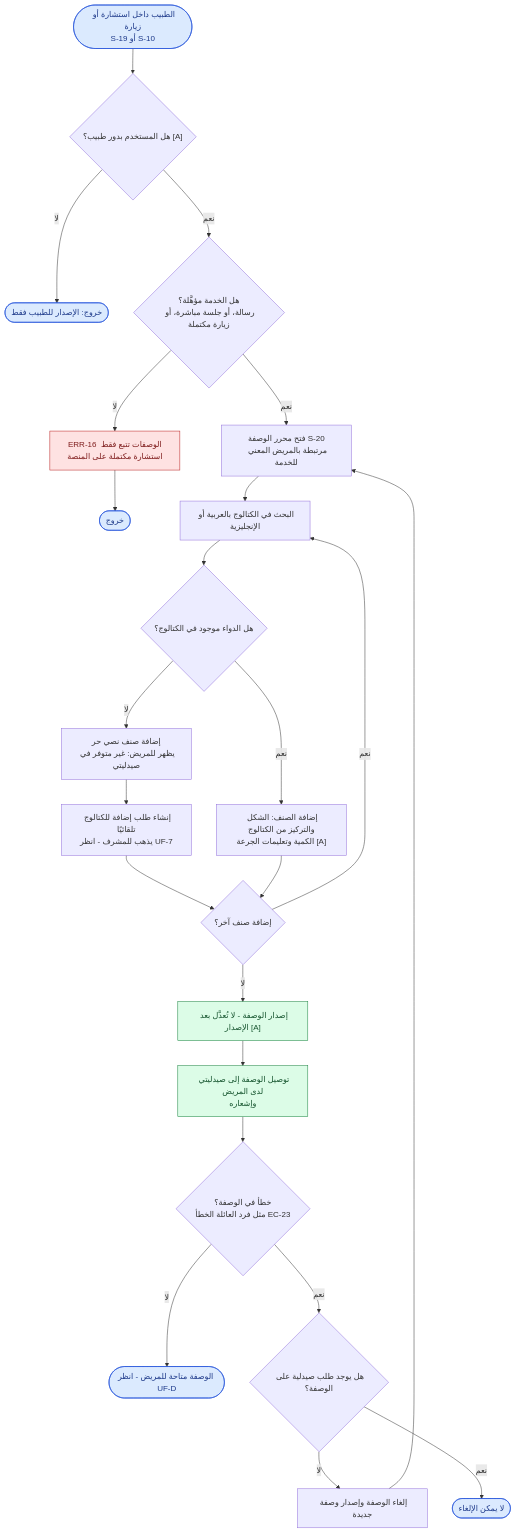
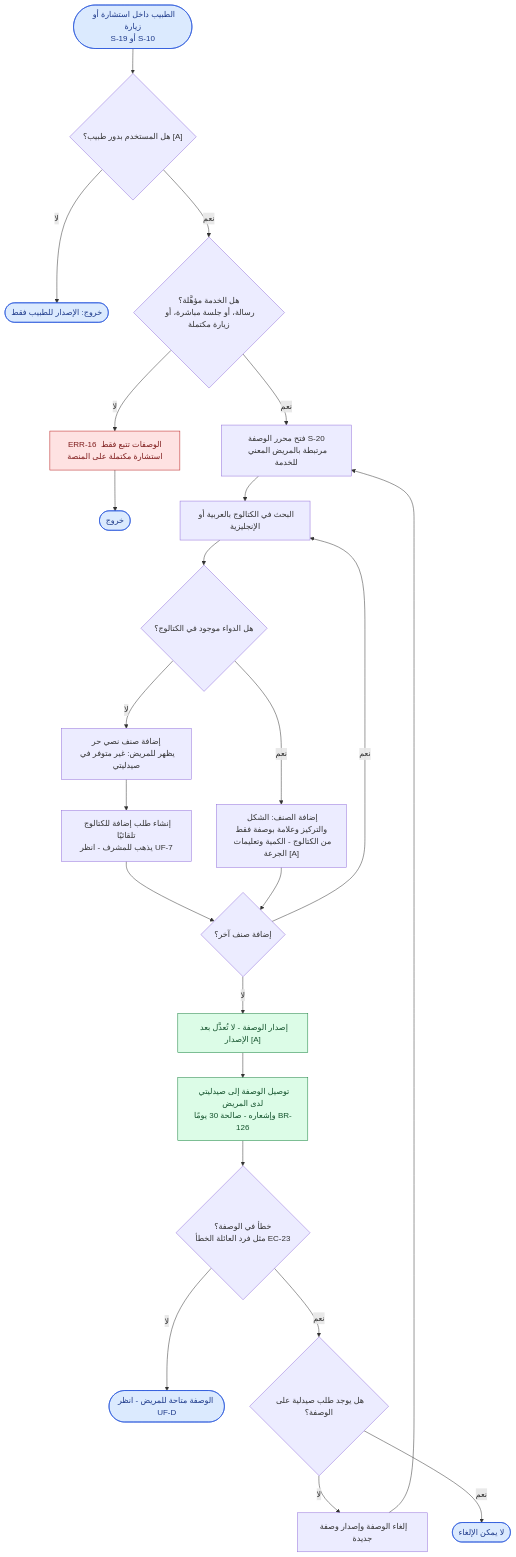
The seventh of 12 diagrams in docs/user-flow.ar.md (foxamoca/iltiam), drawn with Mermaid before and after one commit. The commit also changed other lines of this file and 6 other files, not shown here.

Commit message:
docs: update PRD (Arabic + PDFs), user flows and UI/UX to v1.1

````diff
--- a/docs/user-flow.ar.md
+++ b/docs/user-flow.ar.md
@@ -444,32 +465,32 @@
 ```mermaid
 flowchart TD
     START(["الطبيب داخل استشارة أو زيارة<br/>S-19 أو S-10"]) --> ROLEQ{"هل المستخدم بدور طبيب؟ [A]"}
     ROLEQ -->|"لا"| NOROLE(["خروج: الإصدار للطبيب فقط"])
     ROLEQ -->|"نعم"| ELIG{"هل الخدمة مؤهَّلة؟<br/>رسالة، أو جلسة مباشرة، أو زيارة مكتملة"}
     ELIG -->|"لا"| ERR16["ERR-16 الوصفات تتبع فقط استشارة مكتملة على المنصة"]
     ERR16 --> NOX(["خروج"])
     ELIG -->|"نعم"| EDIT["فتح محرر الوصفة S-20<br/>مرتبطة بالمريض المعني للخدمة"]
     EDIT --> SEARCH["البحث في الكتالوج بالعربية أو الإنجليزية"]
     SEARCH --> FOUND{"هل الدواء موجود في الكتالوج؟"}
-    FOUND -->|"نعم"| ITEM["إضافة الصنف: الشكل والتركيز من الكتالوج<br/>الكمية وتعليمات الجرعة [A]"]
+    FOUND -->|"نعم"| ITEM["إضافة الصنف: الشكل والتركيز وعلامة بوصفة فقط<br/>من الكتالوج - الكمية وتعليمات الجرعة [A]"]
     FOUND -->|"لا"| FREE["إضافة صنف نصي حر<br/>يظهر للمريض: غير متوفر في صيدليتي"]
     FREE --> REQ["إنشاء طلب إضافة للكتالوج تلقائيًا<br/>يذهب للمشرف - انظر UF-7"]
     REQ --> MORE
     ITEM --> MORE{"إضافة صنف آخر؟"}
     MORE -->|"نعم"| SEARCH
     MORE -->|"لا"| ISSUE["إصدار الوصفة - لا تُعدَّل بعد الإصدار [A]"]
-    ISSUE --> DELIV["توصيل الوصفة إلى صيدليتي لدى المريض<br/>وإشعاره"]
+    ISSUE --> DELIV["توصيل الوصفة إلى صيدليتي لدى المريض<br/>وإشعاره - صالحة 30 يومًا BR-126"]
     DELIV --> WRONG{"خطأ في الوصفة؟<br/>مثل فرد العائلة الخطأ EC-23"}
     WRONG -->|"لا"| DONE(["الوصفة متاحة للمريض - انظر UF-D"])
     WRONG -->|"نعم"| ORD{"هل يوجد طلب صيدلية على الوصفة؟"}
     ORD -->|"لا"| CANC["إلغاء الوصفة وإصدار وصفة جديدة"]
     CANC --> EDIT
     ORD -->|"نعم"| LOCK(["لا يمكن الإلغاء"])
 
     classDef entry fill:#dbeafe,stroke:#1d4ed8,color:#1e3a8a
     classDef success fill:#dcfce7,stroke:#15803d,color:#14532d
     classDef error fill:#fee2e2,stroke:#b91c1c,color:#7f1d1d
     class START,NOROLE,NOX,DONE,LOCK entry
     class ISSUE,DELIV success
     class ERR16 error
 ```
````
